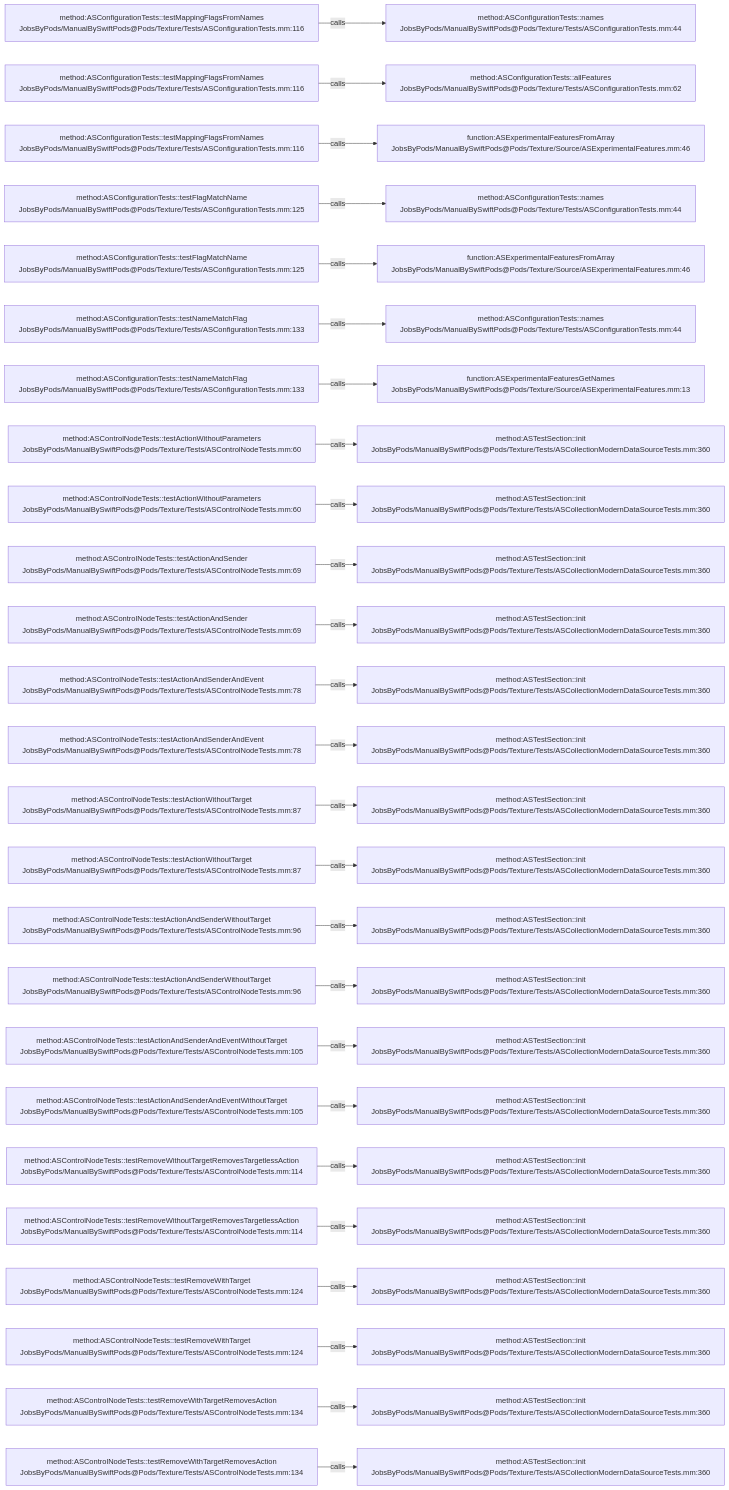
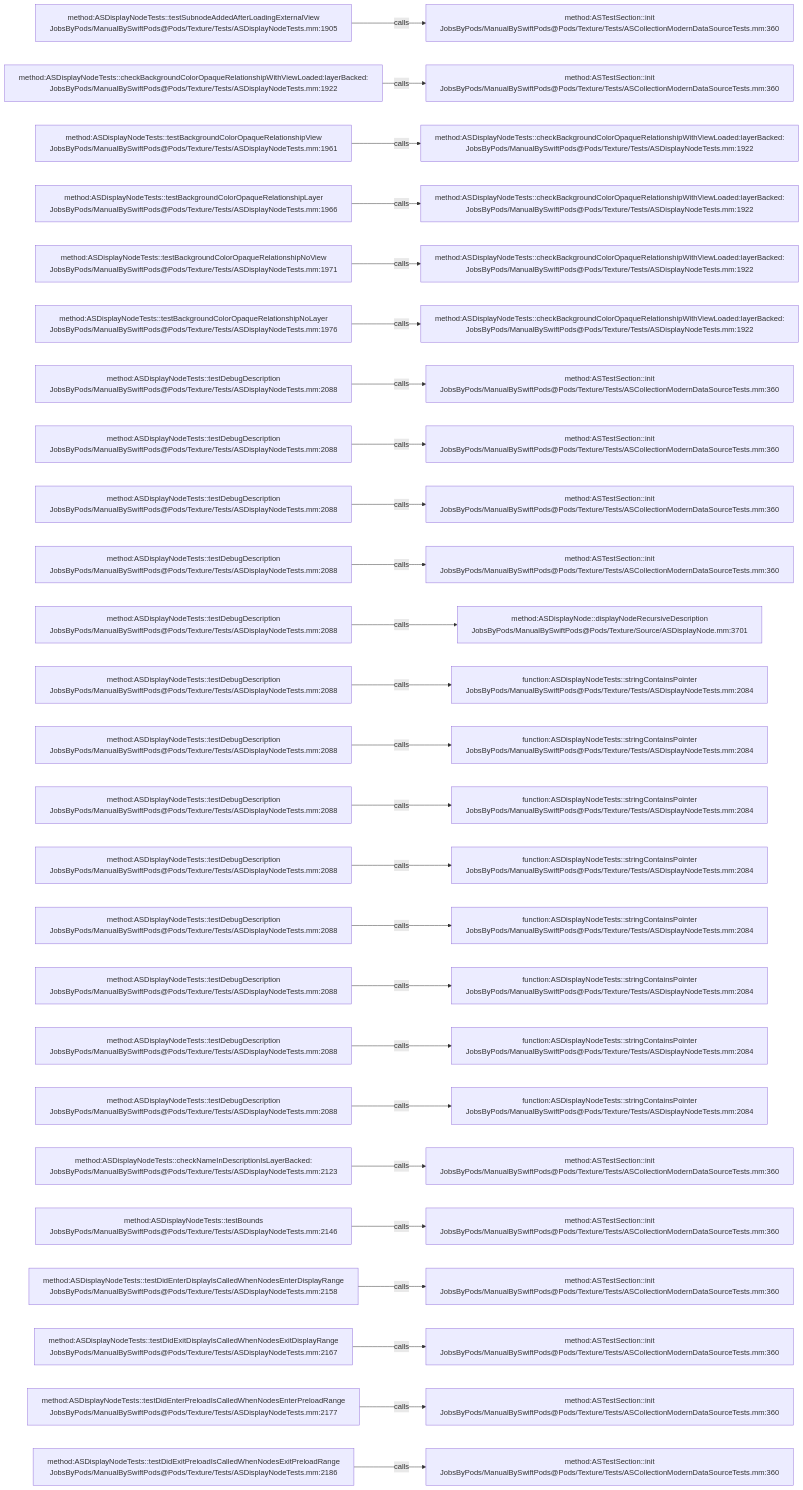
The diagram in .codegraph/codegraph.md/graphs/calls-194.md (JobsKits/JobsSwiftBaseConfigDemo), drawn with Mermaid before and after one commit. The commit also changed 832 other files, not shown here.

````diff
--- a/.codegraph/codegraph.md/graphs/calls-194.md
+++ b/.codegraph/codegraph.md/graphs/calls-194.md
@@ -13,78 +13,78 @@
 ```mermaid
 flowchart LR
-  S1["method:ASConfigurationTests::testMappingFlagsFromNames<br/>JobsByPods/ManualBySwiftPods@Pods/Texture/Tests/ASConfigurationTests.mm:116"]
-  T1["method:ASConfigurationTests::names<br/>JobsByPods/ManualBySwiftPods@Pods/Texture/Tests/ASConfigurationTests.mm:44"]
+  S1["method:ASDisplayNodeTests::testSubnodeAddedAfterLoadingExternalView<br/>JobsByPods/ManualBySwiftPods@Pods/Texture/Tests/ASDisplayNodeTests.mm:1905"]
+  T1["method:ASTestSection::init<br/>JobsByPods/ManualBySwiftPods@Pods/Texture/Tests/ASCollectionModernDataSourceTests.mm:360"]
   S1 -->|calls| T1
-  S2["method:ASConfigurationTests::testMappingFlagsFromNames<br/>JobsByPods/ManualBySwiftPods@Pods/Texture/Tests/ASConfigurationTests.mm:116"]
-  T2["method:ASConfigurationTests::allFeatures<br/>JobsByPods/ManualBySwiftPods@Pods/Texture/Tests/ASConfigurationTests.mm:62"]
+  S2["method:ASDisplayNodeTests::checkBackgroundColorOpaqueRelationshipWithViewLoaded:layerBacked:<br/>JobsByPods/ManualBySwiftPods@Pods/Texture/Tests/ASDisplayNodeTests.mm:1922"]
+  T2["method:ASTestSection::init<br/>JobsByPods/ManualBySwiftPods@Pods/Texture/Tests/ASCollectionModernDataSourceTests.mm:360"]
   S2 -->|calls| T2
-  S3["method:ASConfigurationTests::testMappingFlagsFromNames<br/>JobsByPods/ManualBySwiftPods@Pods/Texture/Tests/ASConfigurationTests.mm:116"]
-  T3["function:ASExperimentalFeaturesFromArray<br/>JobsByPods/ManualBySwiftPods@Pods/Texture/Source/ASExperimentalFeatures.mm:46"]
+  S3["method:ASDisplayNodeTests::testBackgroundColorOpaqueRelationshipView<br/>JobsByPods/ManualBySwiftPods@Pods/Texture/Tests/ASDisplayNodeTests.mm:1961"]
+  T3["method:ASDisplayNodeTests::checkBackgroundColorOpaqueRelationshipWithViewLoaded:layerBacked:<br/>JobsByPods/ManualBySwiftPods@Pods/Texture/Tests/ASDisplayNodeTests.mm:1922"]
   S3 -->|calls| T3
-  S4["method:ASConfigurationTests::testFlagMatchName<br/>JobsByPods/ManualBySwiftPods@Pods/Texture/Tests/ASConfigurationTests.mm:125"]
-  T4["method:ASConfigurationTests::names<br/>JobsByPods/ManualBySwiftPods@Pods/Texture/Tests/ASConfigurationTests.mm:44"]
+  S4["method:ASDisplayNodeTests::testBackgroundColorOpaqueRelationshipLayer<br/>JobsByPods/ManualBySwiftPods@Pods/Texture/Tests/ASDisplayNodeTests.mm:1966"]
+  T4["method:ASDisplayNodeTests::checkBackgroundColorOpaqueRelationshipWithViewLoaded:layerBacked:<br/>JobsByPods/ManualBySwiftPods@Pods/Texture/Tests/ASDisplayNodeTests.mm:1922"]
   S4 -->|calls| T4
-  S5["method:ASConfigurationTests::testFlagMatchName<br/>JobsByPods/ManualBySwiftPods@Pods/Texture/Tests/ASConfigurationTests.mm:125"]
-  T5["function:ASExperimentalFeaturesFromArray<br/>JobsByPods/ManualBySwiftPods@Pods/Texture/Source/ASExperimentalFeatures.mm:46"]
+  S5["method:ASDisplayNodeTests::testBackgroundColorOpaqueRelationshipNoView<br/>JobsByPods/ManualBySwiftPods@Pods/Texture/Tests/ASDisplayNodeTests.mm:1971"]
+  T5["method:ASDisplayNodeTests::checkBackgroundColorOpaqueRelationshipWithViewLoaded:layerBacked:<br/>JobsByPods/ManualBySwiftPods@Pods/Texture/Tests/ASDisplayNodeTests.mm:1922"]
   S5 -->|calls| T5
-  S6["method:ASConfigurationTests::testNameMatchFlag<br/>JobsByPods/ManualBySwiftPods@Pods/Texture/Tests/ASConfigurationTests.mm:133"]
-  T6["method:ASConfigurationTests::names<br/>JobsByPods/ManualBySwiftPods@Pods/Texture/Tests/ASConfigurationTests.mm:44"]
+  S6["method:ASDisplayNodeTests::testBackgroundColorOpaqueRelationshipNoLayer<br/>JobsByPods/ManualBySwiftPods@Pods/Texture/Tests/ASDisplayNodeTests.mm:1976"]
+  T6["method:ASDisplayNodeTests::checkBackgroundColorOpaqueRelationshipWithViewLoaded:layerBacked:<br/>JobsByPods/ManualBySwiftPods@Pods/Texture/Tests/ASDisplayNodeTests.mm:1922"]
   S6 -->|calls| T6
-  S7["method:ASConfigurationTests::testNameMatchFlag<br/>JobsByPods/ManualBySwiftPods@Pods/Texture/Tests/ASConfigurationTests.mm:133"]
-  T7["function:ASExperimentalFeaturesGetNames<br/>JobsByPods/ManualBySwiftPods@Pods/Texture/Source/ASExperimentalFeatures.mm:13"]
+  S7["method:ASDisplayNodeTests::testDebugDescription<br/>JobsByPods/ManualBySwiftPods@Pods/Texture/Tests/ASDisplayNodeTests.mm:2088"]
+  T7["method:ASTestSection::init<br/>JobsByPods/ManualBySwiftPods@Pods/Texture/Tests/ASCollectionModernDataSourceTests.mm:360"]
   S7 -->|calls| T7
-  S8["method:ASControlNodeTests::testActionWithoutParameters<br/>JobsByPods/ManualBySwiftPods@Pods/Texture/Tests/ASControlNodeTests.mm:60"]
+  S8["method:ASDisplayNodeTests::testDebugDescription<br/>JobsByPods/ManualBySwiftPods@Pods/Texture/Tests/ASDisplayNodeTests.mm:2088"]
   T8["method:ASTestSection::init<br/>JobsByPods/ManualBySwiftPods@Pods/Texture/Tests/ASCollectionModernDataSourceTests.mm:360"]
   S8 -->|calls| T8
-  S9["method:ASControlNodeTests::testActionWithoutParameters<br/>JobsByPods/ManualBySwiftPods@Pods/Texture/Tests/ASControlNodeTests.mm:60"]
+  S9["method:ASDisplayNodeTests::testDebugDescription<br/>JobsByPods/ManualBySwiftPods@Pods/Texture/Tests/ASDisplayNodeTests.mm:2088"]
   T9["method:ASTestSection::init<br/>JobsByPods/ManualBySwiftPods@Pods/Texture/Tests/ASCollectionModernDataSourceTests.mm:360"]
   S9 -->|calls| T9
-  S10["method:ASControlNodeTests::testActionAndSender<br/>JobsByPods/ManualBySwiftPods@Pods/Texture/Tests/ASControlNodeTests.mm:69"]
+  S10["method:ASDisplayNodeTests::testDebugDescription<br/>JobsByPods/ManualBySwiftPods@Pods/Texture/Tests/ASDisplayNodeTests.mm:2088"]
   T10["method:ASTestSection::init<br/>JobsByPods/ManualBySwiftPods@Pods/Texture/Tests/ASCollectionModernDataSourceTests.mm:360"]
   S10 -->|calls| T10
-  S11["method:ASControlNodeTests::testActionAndSender<br/>JobsByPods/ManualBySwiftPods@Pods/Texture/Tests/ASControlNodeTests.mm:69"]
-  T11["method:ASTestSection::init<br/>JobsByPods/ManualBySwiftPods@Pods/Texture/Tests/ASCollectionModernDataSourceTests.mm:360"]
+  S11["method:ASDisplayNodeTests::testDebugDescription<br/>JobsByPods/ManualBySwiftPods@Pods/Texture/Tests/ASDisplayNodeTests.mm:2088"]
+  T11["method:ASDisplayNode::displayNodeRecursiveDescription<br/>JobsByPods/ManualBySwiftPods@Pods/Texture/Source/ASDisplayNode.mm:3701"]
   S11 -->|calls| T11
-  S12["method:ASControlNodeTests::testActionAndSenderAndEvent<br/>JobsByPods/ManualBySwiftPods@Pods/Texture/Tests/ASControlNodeTests.mm:78"]
-  T12["method:ASTestSection::init<br/>JobsByPods/ManualBySwiftPods@Pods/Texture/Tests/ASCollectionModernDataSourceTests.mm:360"]
+  S12["method:ASDisplayNodeTests::testDebugDescription<br/>JobsByPods/ManualBySwiftPods@Pods/Texture/Tests/ASDisplayNodeTests.mm:2088"]
+  T12["function:ASDisplayNodeTests::stringContainsPointer<br/>JobsByPods/ManualBySwiftPods@Pods/Texture/Tests/ASDisplayNodeTests.mm:2084"]
   S12 -->|calls| T12
-  S13["method:ASControlNodeTests::testActionAndSenderAndEvent<br/>JobsByPods/ManualBySwiftPods@Pods/Texture/Tests/ASControlNodeTests.mm:78"]
-  T13["method:ASTestSection::init<br/>JobsByPods/ManualBySwiftPods@Pods/Texture/Tests/ASCollectionModernDataSourceTests.mm:360"]
+  S13["method:ASDisplayNodeTests::testDebugDescription<br/>JobsByPods/ManualBySwiftPods@Pods/Texture/Tests/ASDisplayNodeTests.mm:2088"]
+  T13["function:ASDisplayNodeTests::stringContainsPointer<br/>JobsByPods/ManualBySwiftPods@Pods/Texture/Tests/ASDisplayNodeTests.mm:2084"]
   S13 -->|calls| T13
-  S14["method:ASControlNodeTests::testActionWithoutTarget<br/>JobsByPods/ManualBySwiftPods@Pods/Texture/Tests/ASControlNodeTests.mm:87"]
-  T14["method:ASTestSection::init<br/>JobsByPods/ManualBySwiftPods@Pods/Texture/Tests/ASCollectionModernDataSourceTests.mm:360"]
+  S14["method:ASDisplayNodeTests::testDebugDescription<br/>JobsByPods/ManualBySwiftPods@Pods/Texture/Tests/ASDisplayNodeTests.mm:2088"]
+  T14["function:ASDisplayNodeTests::stringContainsPointer<br/>JobsByPods/ManualBySwiftPods@Pods/Texture/Tests/ASDisplayNodeTests.mm:2084"]
   S14 -->|calls| T14
-  S15["method:ASControlNodeTests::testActionWithoutTarget<br/>JobsByPods/ManualBySwiftPods@Pods/Texture/Tests/ASControlNodeTests.mm:87"]
-  T15["method:ASTestSection::init<br/>JobsByPods/ManualBySwiftPods@Pods/Texture/Tests/ASCollectionModernDataSourceTests.mm:360"]
+  S15["method:ASDisplayNodeTests::testDebugDescription<br/>JobsByPods/ManualBySwiftPods@Pods/Texture/Tests/ASDisplayNodeTests.mm:2088"]
+  T15["function:ASDisplayNodeTests::stringContainsPointer<br/>JobsByPods/ManualBySwiftPods@Pods/Texture/Tests/ASDisplayNodeTests.mm:2084"]
   S15 -->|calls| T15
-  S16["method:ASControlNodeTests::testActionAndSenderWithoutTarget<br/>JobsByPods/ManualBySwiftPods@Pods/Texture/Tests/ASControlNodeTests.mm:96"]
-  T16["method:ASTestSection::init<br/>JobsByPods/ManualBySwiftPods@Pods/Texture/Tests/ASCollectionModernDataSourceTests.mm:360"]
+  S16["method:ASDisplayNodeTests::testDebugDescription<br/>JobsByPods/ManualBySwiftPods@Pods/Texture/Tests/ASDisplayNodeTests.mm:2088"]
+  T16["function:ASDisplayNodeTests::stringContainsPointer<br/>JobsByPods/ManualBySwiftPods@Pods/Texture/Tests/ASDisplayNodeTests.mm:2084"]
   S16 -->|calls| T16
-  S17["method:ASControlNodeTests::testActionAndSenderWithoutTarget<br/>JobsByPods/ManualBySwiftPods@Pods/Texture/Tests/ASControlNodeTests.mm:96"]
-  T17["method:ASTestSection::init<br/>JobsByPods/ManualBySwiftPods@Pods/Texture/Tests/ASCollectionModernDataSourceTests.mm:360"]
+  S17["method:ASDisplayNodeTests::testDebugDescription<br/>JobsByPods/ManualBySwiftPods@Pods/Texture/Tests/ASDisplayNodeTests.mm:2088"]
+  T17["function:ASDisplayNodeTests::stringContainsPointer<br/>JobsByPods/ManualBySwiftPods@Pods/Texture/Tests/ASDisplayNodeTests.mm:2084"]
   S17 -->|calls| T17
-  S18["method:ASControlNodeTests::testActionAndSenderAndEventWithoutTarget<br/>JobsByPods/ManualBySwiftPods@Pods/Texture/Tests/ASControlNodeTests.mm:105"]
-  T18["method:ASTestSection::init<br/>JobsByPods/ManualBySwiftPods@Pods/Texture/Tests/ASCollectionModernDataSourceTests.mm:360"]
+  S18["method:ASDisplayNodeTests::testDebugDescription<br/>JobsByPods/ManualBySwiftPods@Pods/Texture/Tests/ASDisplayNodeTests.mm:2088"]
+  T18["function:ASDisplayNodeTests::stringContainsPointer<br/>JobsByPods/ManualBySwiftPods@Pods/Texture/Tests/ASDisplayNodeTests.mm:2084"]
   S18 -->|calls| T18
-  S19["method:ASControlNodeTests::testActionAndSenderAndEventWithoutTarget<br/>JobsByPods/ManualBySwiftPods@Pods/Texture/Tests/ASControlNodeTests.mm:105"]
-  T19["method:ASTestSection::init<br/>JobsByPods/ManualBySwiftPods@Pods/Texture/Tests/ASCollectionModernDataSourceTests.mm:360"]
+  S19["method:ASDisplayNodeTests::testDebugDescription<br/>JobsByPods/ManualBySwiftPods@Pods/Texture/Tests/ASDisplayNodeTests.mm:2088"]
+  T19["function:ASDisplayNodeTests::stringContainsPointer<br/>JobsByPods/ManualBySwiftPods@Pods/Texture/Tests/ASDisplayNodeTests.mm:2084"]
   S19 -->|calls| T19
-  S20["method:ASControlNodeTests::testRemoveWithoutTargetRemovesTargetlessAction<br/>JobsByPods/ManualBySwiftPods@Pods/Texture/Tests/ASControlNodeTests.mm:114"]
+  S20["method:ASDisplayNodeTests::checkNameInDescriptionIsLayerBacked:<br/>JobsByPods/ManualBySwiftPods@Pods/Texture/Tests/ASDisplayNodeTests.mm:2123"]
   T20["method:ASTestSection::init<br/>JobsByPods/ManualBySwiftPods@Pods/Texture/Tests/ASCollectionModernDataSourceTests.mm:360"]
   S20 -->|calls| T20
-  S21["method:ASControlNodeTests::testRemoveWithoutTargetRemovesTargetlessAction<br/>JobsByPods/ManualBySwiftPods@Pods/Texture/Tests/ASControlNodeTests.mm:114"]
+  S21["method:ASDisplayNodeTests::testBounds<br/>JobsByPods/ManualBySwiftPods@Pods/Texture/Tests/ASDisplayNodeTests.mm:2146"]
   T21["method:ASTestSection::init<br/>JobsByPods/ManualBySwiftPods@Pods/Texture/Tests/ASCollectionModernDataSourceTests.mm:360"]
   S21 -->|calls| T21
-  S22["method:ASControlNodeTests::testRemoveWithTarget<br/>JobsByPods/ManualBySwiftPods@Pods/Texture/Tests/ASControlNodeTests.mm:124"]
+  S22["method:ASDisplayNodeTests::testDidEnterDisplayIsCalledWhenNodesEnterDisplayRange<br/>JobsByPods/ManualBySwiftPods@Pods/Texture/Tests/ASDisplayNodeTests.mm:2158"]
   T22["method:ASTestSection::init<br/>JobsByPods/ManualBySwiftPods@Pods/Texture/Tests/ASCollectionModernDataSourceTests.mm:360"]
   S22 -->|calls| T22
-  S23["method:ASControlNodeTests::testRemoveWithTarget<br/>JobsByPods/ManualBySwiftPods@Pods/Texture/Tests/ASControlNodeTests.mm:124"]
+  S23["method:ASDisplayNodeTests::testDidExitDisplayIsCalledWhenNodesExitDisplayRange<br/>JobsByPods/ManualBySwiftPods@Pods/Texture/Tests/ASDisplayNodeTests.mm:2167"]
   T23["method:ASTestSection::init<br/>JobsByPods/ManualBySwiftPods@Pods/Texture/Tests/ASCollectionModernDataSourceTests.mm:360"]
   S23 -->|calls| T23
-  S24["method:ASControlNodeTests::testRemoveWithTargetRemovesAction<br/>JobsByPods/ManualBySwiftPods@Pods/Texture/Tests/ASControlNodeTests.mm:134"]
+  S24["method:ASDisplayNodeTests::testDidEnterPreloadIsCalledWhenNodesEnterPreloadRange<br/>JobsByPods/ManualBySwiftPods@Pods/Texture/Tests/ASDisplayNodeTests.mm:2177"]
   T24["method:ASTestSection::init<br/>JobsByPods/ManualBySwiftPods@Pods/Texture/Tests/ASCollectionModernDataSourceTests.mm:360"]
   S24 -->|calls| T24
-  S25["method:ASControlNodeTests::testRemoveWithTargetRemovesAction<br/>JobsByPods/ManualBySwiftPods@Pods/Texture/Tests/ASControlNodeTests.mm:134"]
+  S25["method:ASDisplayNodeTests::testDidExitPreloadIsCalledWhenNodesExitPreloadRange<br/>JobsByPods/ManualBySwiftPods@Pods/Texture/Tests/ASDisplayNodeTests.mm:2186"]
   T25["method:ASTestSection::init<br/>JobsByPods/ManualBySwiftPods@Pods/Texture/Tests/ASCollectionModernDataSourceTests.mm:360"]
   S25 -->|calls| T25
 ```
````
